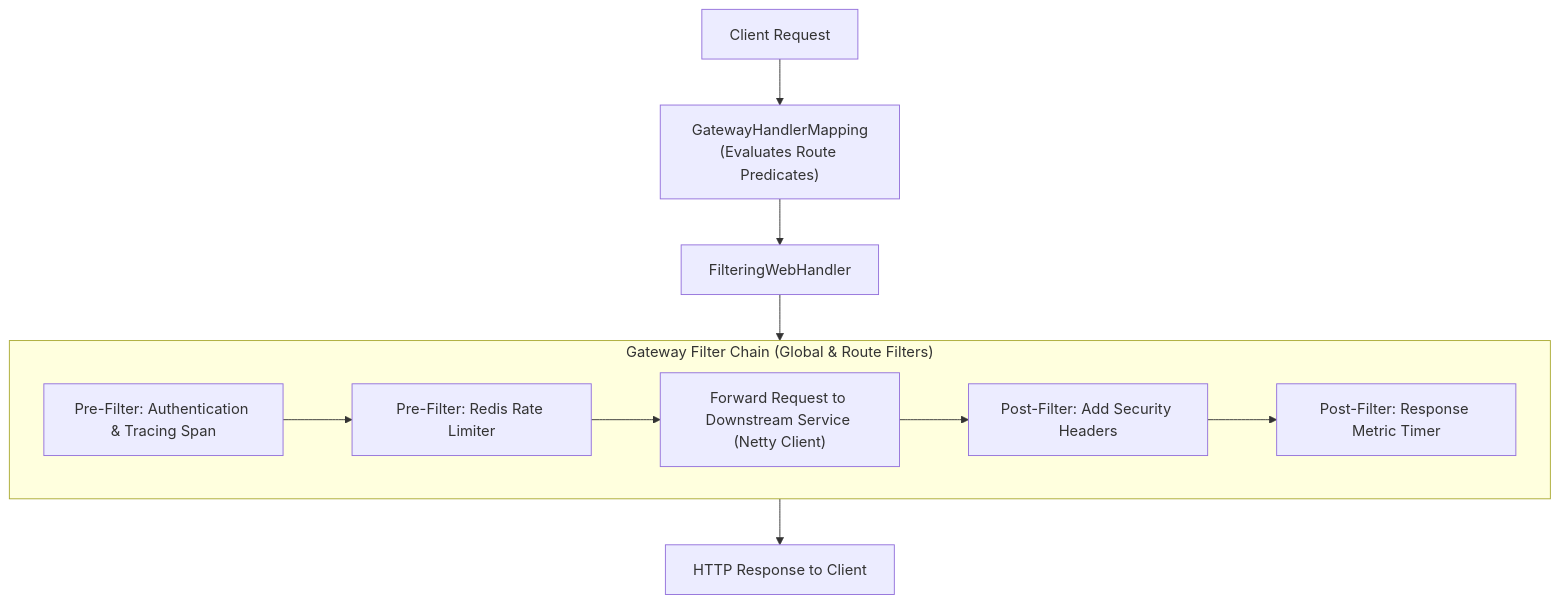
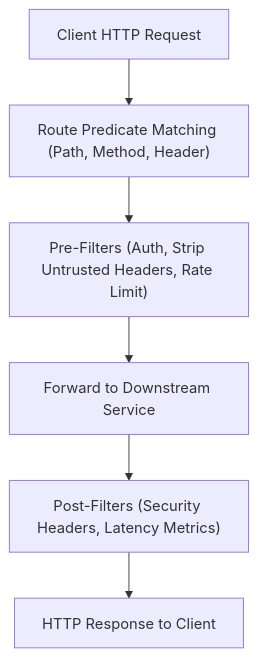
Before and after one commit to ravishankar2463/java_hub: the second of 4 diagrams in content/roadmap/level-11/api-gateways-and-service-discovery.md, drawn with Mermaid. The commit also changed other lines of this file and 119 other files, not shown here.

Commit message:
feat: add comprehensive java learning roadmap content across multiple levels

````diff
--- a/content/roadmap/level-11/api-gateways-and-service-discovery.md
+++ b/content/roadmap/level-11/api-gateways-and-service-discovery.md
@@ -69,16 +61,8 @@
 ```mermaid
 flowchart TD
-    Client["Client Request"] --> GatewayHandlerMapping["GatewayHandlerMapping
-(Evaluates Route Predicates)"]
-    GatewayHandlerMapping --> WebHandler["FilteringWebHandler"]
-    
-    subgraph FilterChain ["Gateway Filter Chain (Global & Route Filters)"]
-        F1["Pre-Filter: Authentication & Tracing Span"] --> F2["Pre-Filter: Redis Rate Limiter"]
-        F2 --> ProxiedRequest["Forward Request to Downstream Service (Netty Client)"]
-        ProxiedRequest --> F3["Post-Filter: Add Security Headers"]
-        F3 --> F4["Post-Filter: Response Metric Timer"]
-    end
-
-    WebHandler --> FilterChain
-    FilterChain --> ClientResponse["HTTP Response to Client"]
+    Client["Client HTTP Request"] --> Matcher["Route Predicate Matching (Path, Method, Header)"]
+    Matcher --> PreFilters["Pre-Filters (Auth, Strip Untrusted Headers, Rate Limit)"]
+    PreFilters --> Proxy["Forward to Downstream Service"]
+    Proxy --> PostFilters["Post-Filters (Security Headers, Latency Metrics)"]
+    PostFilters --> Response["HTTP Response to Client"]
 ```
````
